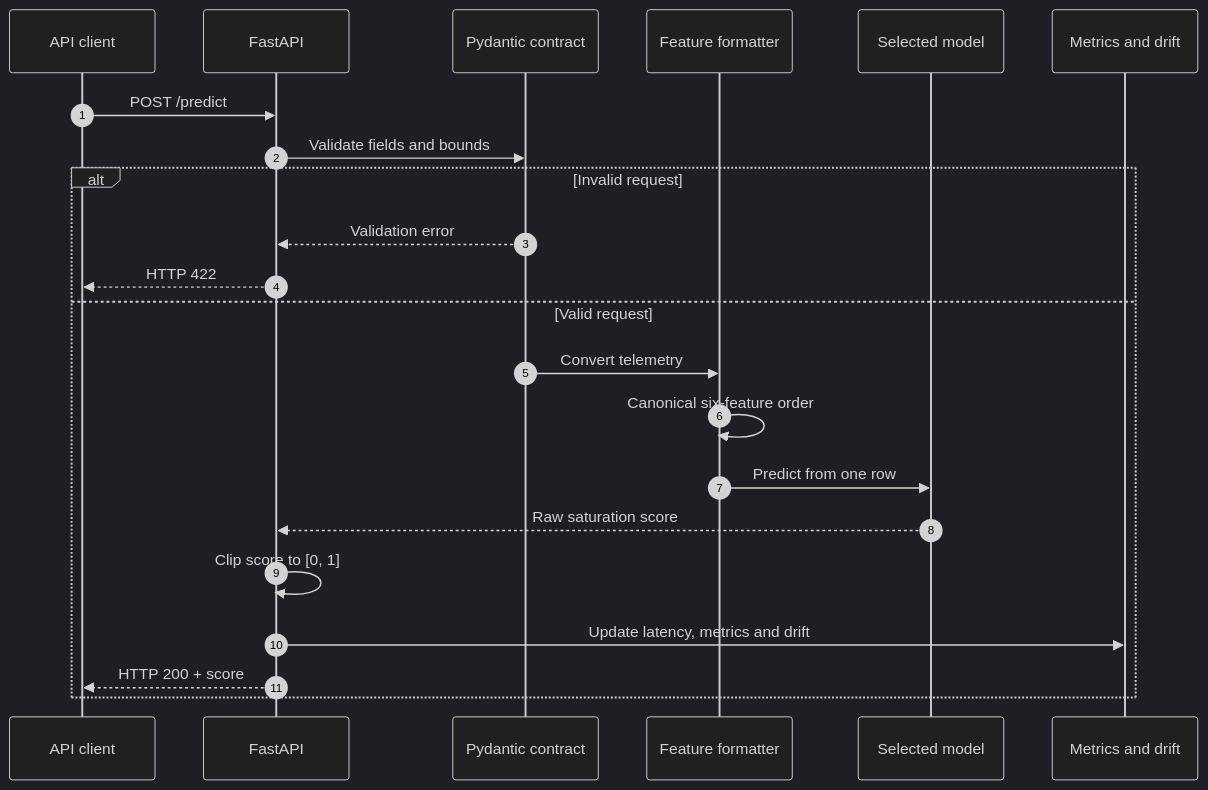
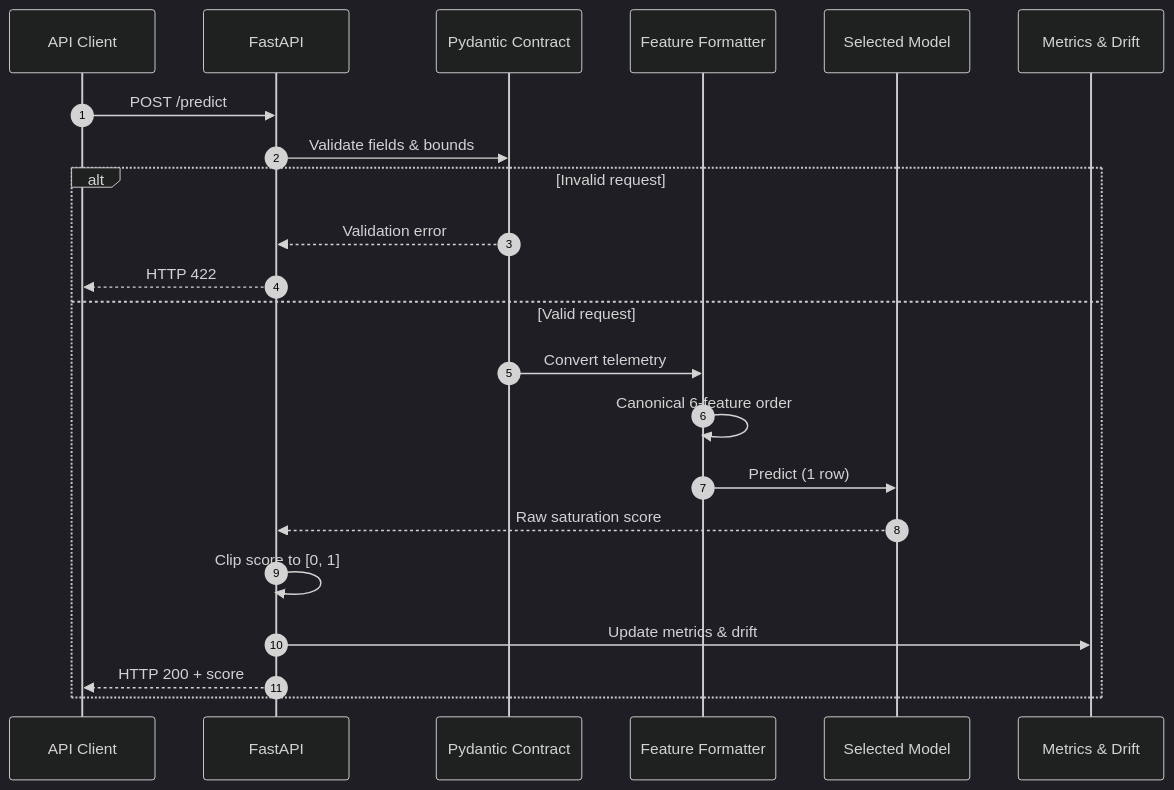
Before and after one commit to TechBsf/cloud-node-saturation-mlops: the second of 3 diagrams in README.md, drawn with Mermaid (dark theme). The commit also changed other lines of this file, not shown here.

Commit message:
docs: optimize Mermaid schemas readability with subgraphs

````diff
--- a/README.md
+++ b/README.md
@@ -72,24 +82,25 @@
 ```mermaid
 sequenceDiagram
     autonumber
-    participant C as API client
-    participant A as FastAPI
-    participant V as Pydantic contract
-    participant F as Feature formatter
-    participant M as Selected model
-    participant O as Metrics and drift
-    C->>A: POST /predict
-    A->>V: Validate fields and bounds
+    participant Client as API Client
+    participant API as FastAPI
+    participant Contract as Pydantic Contract
+    participant Formatter as Feature Formatter
+    participant Model as Selected Model
+    participant Observability as Metrics & Drift
+
+    Client->>API: POST /predict
+    API->>Contract: Validate fields & bounds
     alt Invalid request
-        V-->>A: Validation error
-        A-->>C: HTTP 422
+        Contract-->>API: Validation error
+        API-->>Client: HTTP 422
     else Valid request
-        V->>F: Convert telemetry
-        F->>F: Canonical six-feature order
-        F->>M: Predict from one row
-        M-->>A: Raw saturation score
-        A->>A: Clip score to [0, 1]
-        A->>O: Update latency, metrics and drift
-        A-->>C: HTTP 200 + score
+        Contract->>Formatter: Convert telemetry
+        Formatter->>Formatter: Canonical 6-feature order
+        Formatter->>Model: Predict (1 row)
+        Model-->>API: Raw saturation score
+        API->>API: Clip score to [0, 1]
+        API->>Observability: Update metrics & drift
+        API-->>Client: HTTP 200 + score
     end
 ```
````
